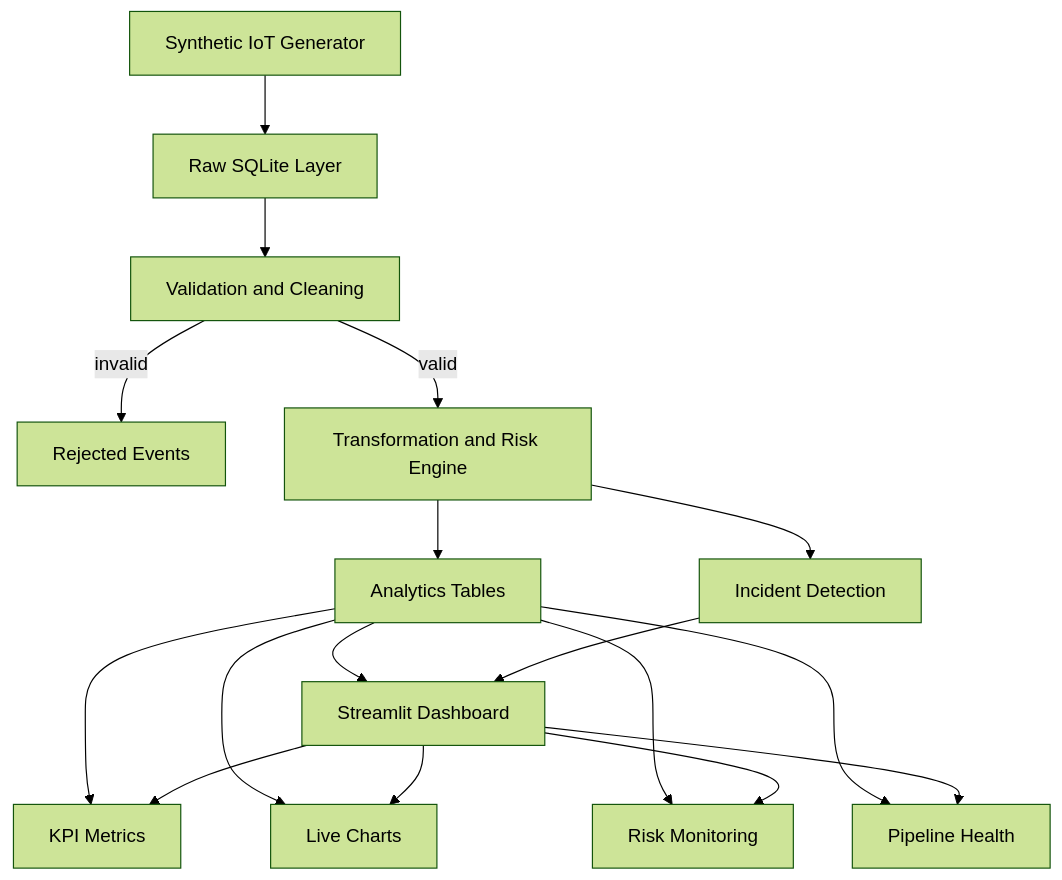
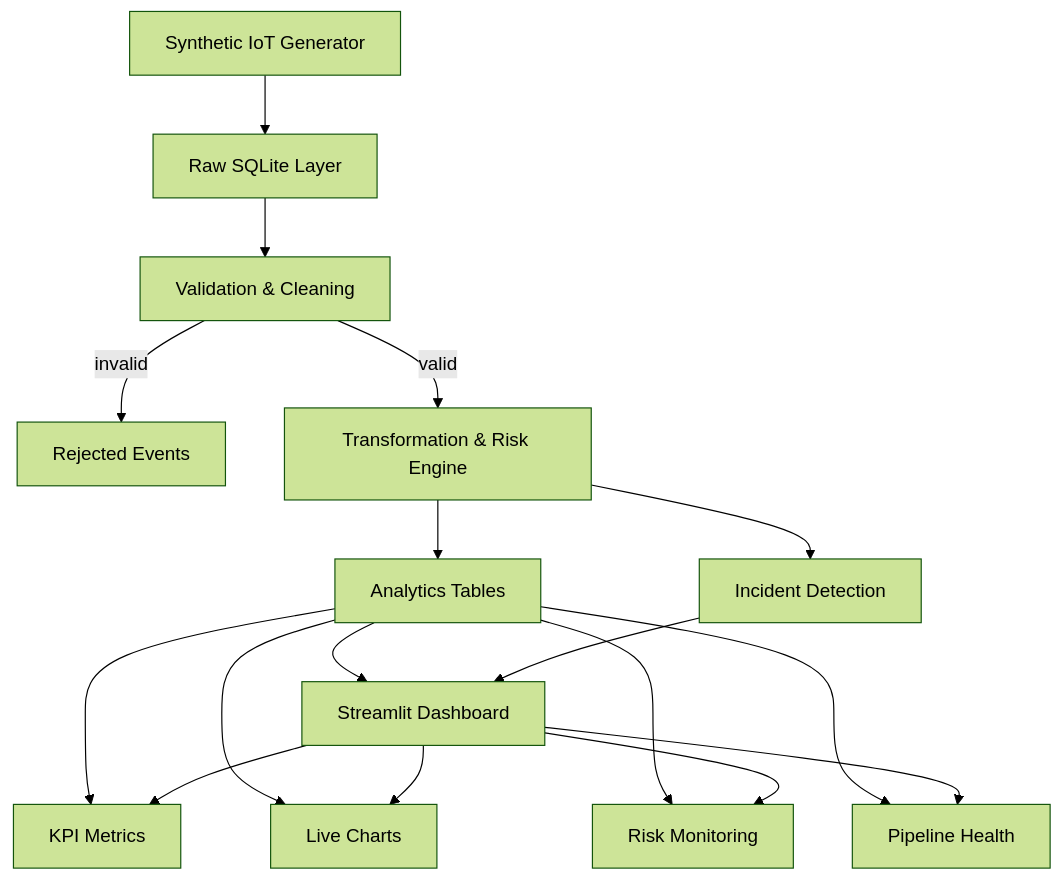
The diagram in README.md (sourishdey2005/FrostPulse-Business-Analytics), drawn with Mermaid (forest theme) before and after one commit. The commit also changed other lines of this file and 1 other file, not shown here.

Commit message:
feat: replace Revenue/Profit trends with histogram+pie+bar charts, professional README with live link

````diff
--- a/README.md
+++ b/README.md
@@ -21,19 +34,19 @@
 ```mermaid
 flowchart TD
     A[Synthetic IoT Generator] --> B[Raw SQLite Layer]
-    B --> C[Validation and Cleaning]
+    B --> C[Validation & Cleaning]
     C -->|invalid| G[Rejected Events]
-    C -->|valid| D[Transformation and Risk Engine]
+    C -->|valid| D[Transformation & Risk Engine]
     D --> E[Analytics Tables]
     D --> H[Incident Detection]
     E --> F[Streamlit Dashboard]
     H --> F
     E --> I[KPI Metrics]
     E --> J[Live Charts]
     E --> K[Risk Monitoring]
     E --> L[Pipeline Health]
     F --> I
     F --> J
     F --> K
     F --> L
 ```
````
